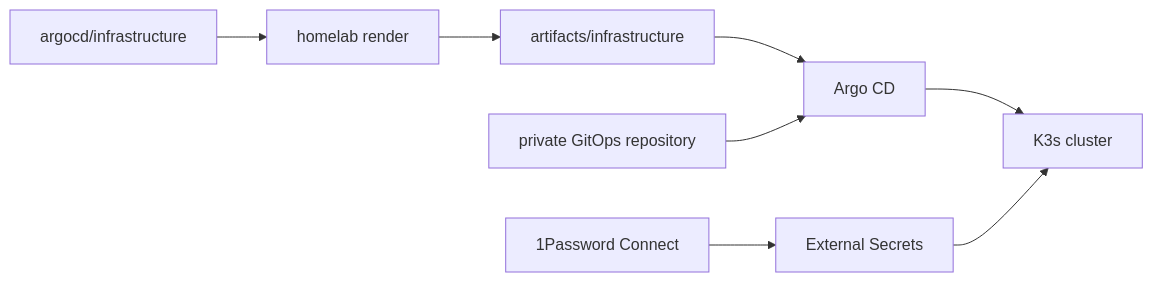
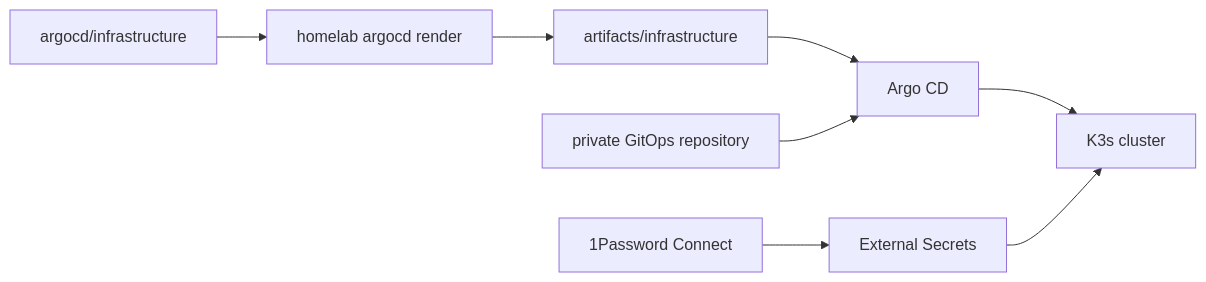
The diagram in README.md (nandiheath/homelab-public), drawn with Mermaid before and after one commit. The commit also changed other lines of this file and 12 other files, not shown here.

````diff
--- a/README.md
+++ b/README.md
@@ -7,10 +7,10 @@
 ```mermaid
 flowchart LR
-  M[argocd/infrastructure] --> R[homelab render]
+  M[argocd/infrastructure] --> R[homelab argocd render]
   R --> A[artifacts/infrastructure]
   A --> G[Argo CD]
   G --> K[K3s cluster]
   P[private GitOps repository] --> G
   S[1Password Connect] --> E[External Secrets]
   E --> K
 ```
````
